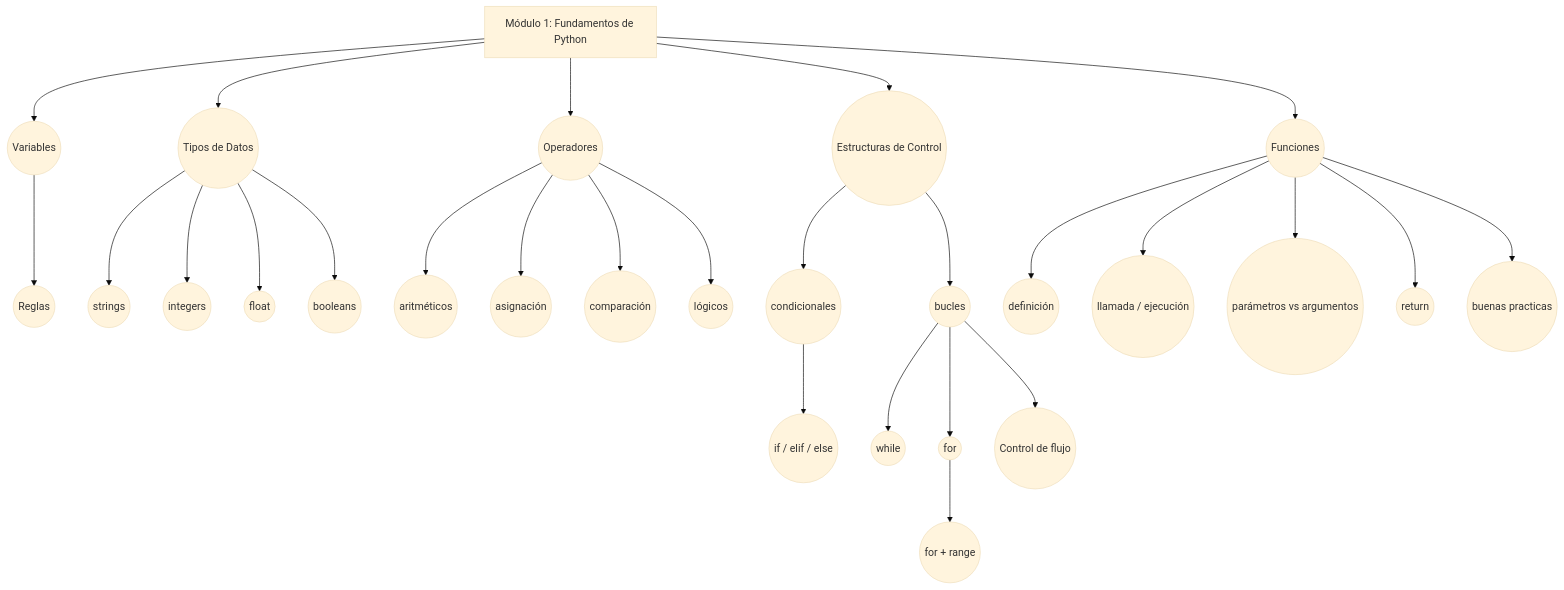
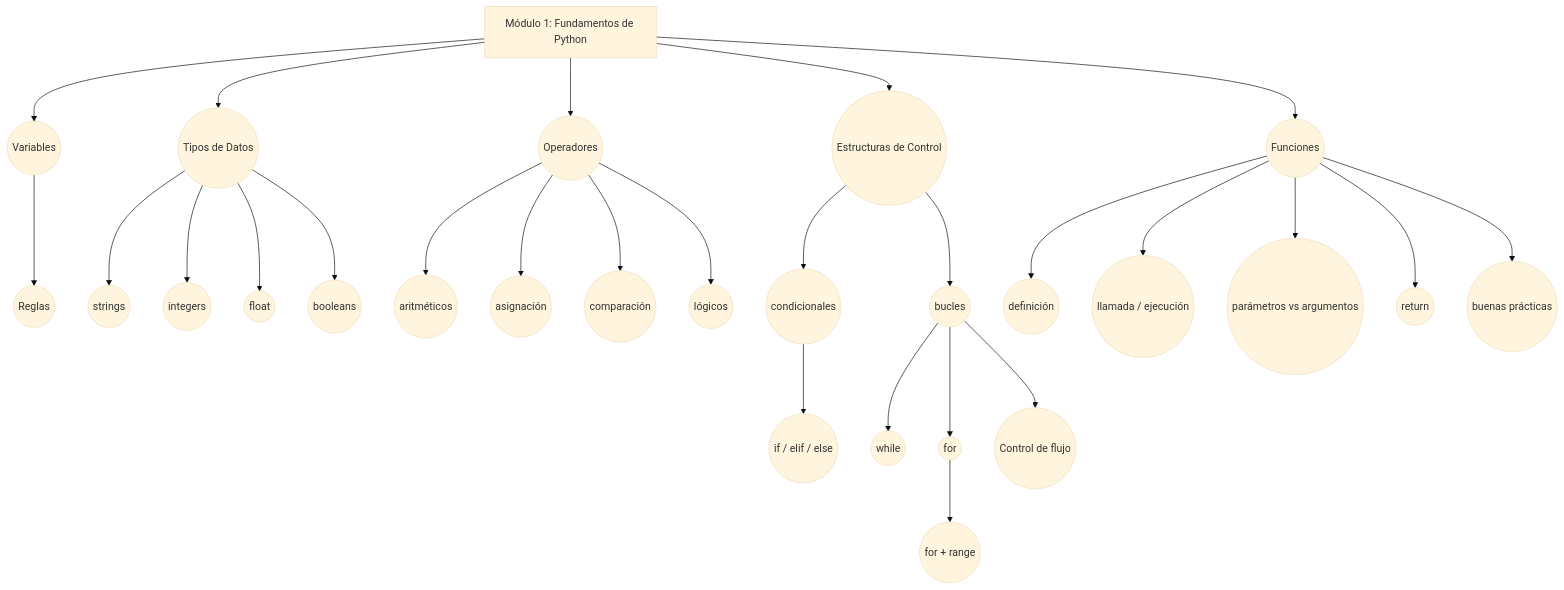
Before and after one commit to DevsdeCero-channel/ruta-aprendizaje-python: the diagram in docs/modulo1-fundamentos-basicos.md, drawn with Mermaid (base theme).

Commit message:
modulo1-fundamentos-basicos.md

````diff
--- a/docs/modulo1-fundamentos-basicos.md
+++ b/docs/modulo1-fundamentos-basicos.md
@@ -8,42 +8,42 @@
 ```mermaid
 graph TD
     A[Módulo 1: Fundamentos de Python] --> B((Variables));
     A --> C((Tipos de Datos));
     A --> D((Operadores));
     A --> E((Estructuras de Control));
     A --> F((Funciones));
 
     %% Variables
     B --> B1((Reglas));
 
     %% Tipos de Datos
     C --> C1((strings));
     C --> C2((integers));
     C --> C3((float));
     C --> C4((booleans));
 
     %% Operadores
     D --> D1((aritméticos));
     D --> D2((asignación));
     D --> D3((comparación));
     D --> D4((lógicos));
 
     %% Estructuras de Control
     E --> E1((condicionales));
     E --> E2((bucles));
 
     E1 --> E1a((if / elif / else));
     
     E2 --> E2a((while));
     E2 --> E2b((for));
     E2b --> E2c((for + range));
     
     E2 --> E2d((Control de flujo));
     
     %% Funciones
     F --> F1((definición));
     F --> F2((llamada / ejecución));
     F --> F3((parámetros vs argumentos));
     F --> F4((return));
-    F --> F5((buenas practicas));
+    F --> F5((buenas prácticas));
 ```
````
